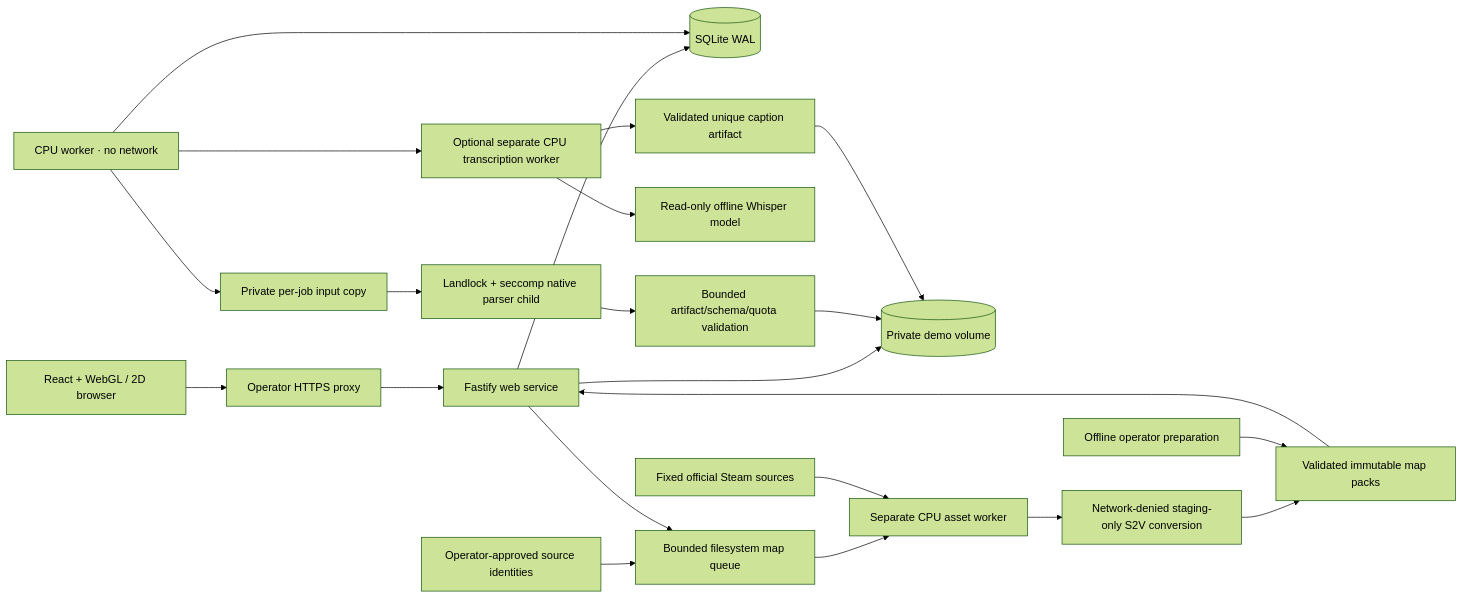
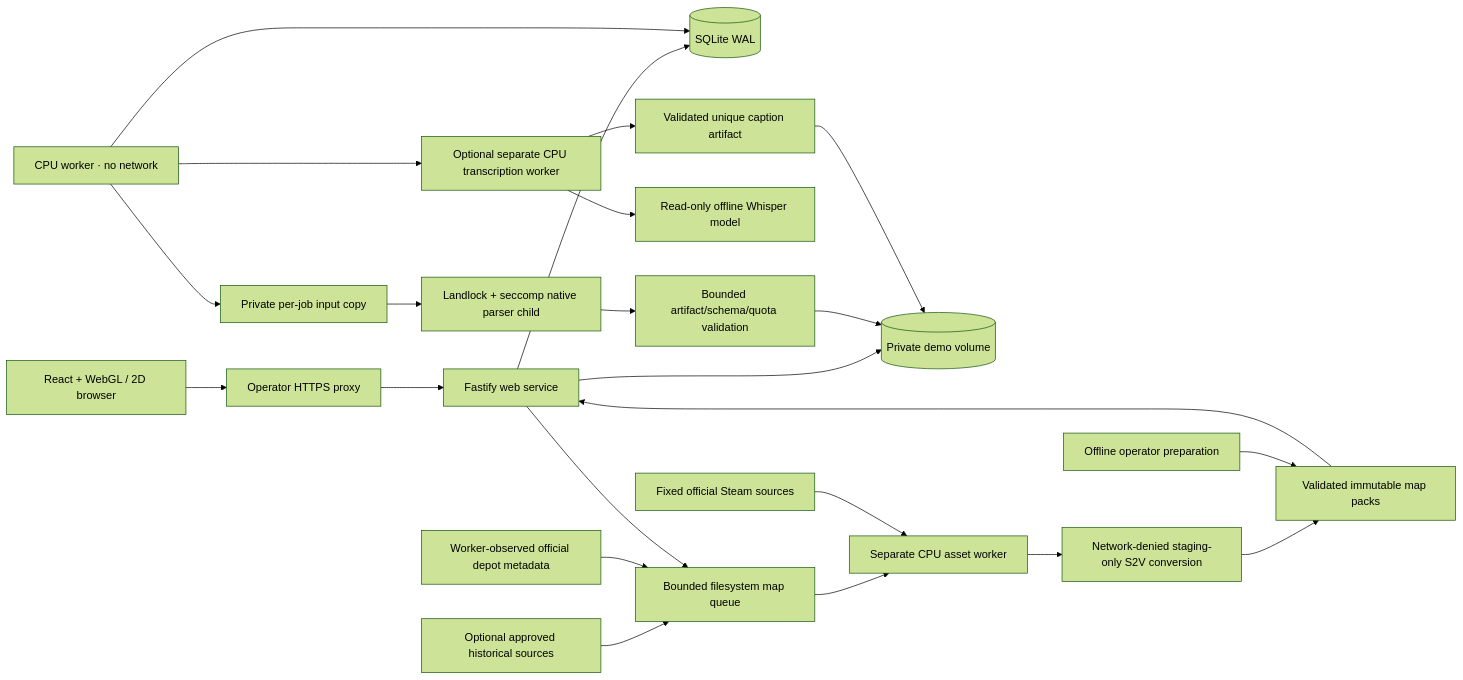
The diagram in docs/ARCHITECTURE.md (Buco7854/cswatch), drawn with Mermaid (forest theme) before and after one commit. The commit also changed other lines of this file and 108 other files, not shown here.

First line of the commit message:
Add recorded gameplay audio and latest official map preparation

````diff
--- a/docs/ARCHITECTURE.md
+++ b/docs/ARCHITECTURE.md
@@ -5,24 +5,25 @@
 ```mermaid
 flowchart LR
  Browser[React + WebGL / 2D browser] --> Proxy[Operator HTTPS proxy]
  Proxy --> Web[Fastify web service]
  Web --> DB[(SQLite WAL)]
  Web --> Files[(Private demo volume)]
  Worker[CPU worker · no network] --> DB
  Worker --> Job[Private per-job input copy]
  Job --> Parser[Landlock + seccomp native parser child]
  Parser --> Validate[Bounded artifact/schema/quota validation]
  Validate --> Files
  Worker --> Speech[Optional separate CPU transcription worker]
  Speech --> Model[Read-only offline Whisper model]
  Speech --> Captions[Validated unique caption artifact]
  Captions --> Files
- Catalog[Operator-approved source identities] --> AssetQueue[Bounded filesystem map queue]
+ Catalog[Optional approved historical sources] --> AssetQueue[Bounded filesystem map queue]
+ Inventory[Worker-observed official depot metadata] --> AssetQueue
  Web --> AssetQueue
  AssetQueue --> AssetWorker[Separate CPU asset worker]
  Steam[Fixed official Steam sources] --> AssetWorker
  AssetWorker --> Convert[Network-denied staging-only S2V conversion]
  Convert --> Maps[Validated immutable map packs]
  S2V[Offline operator preparation] --> Maps
  Maps --> Web
 ```
````
